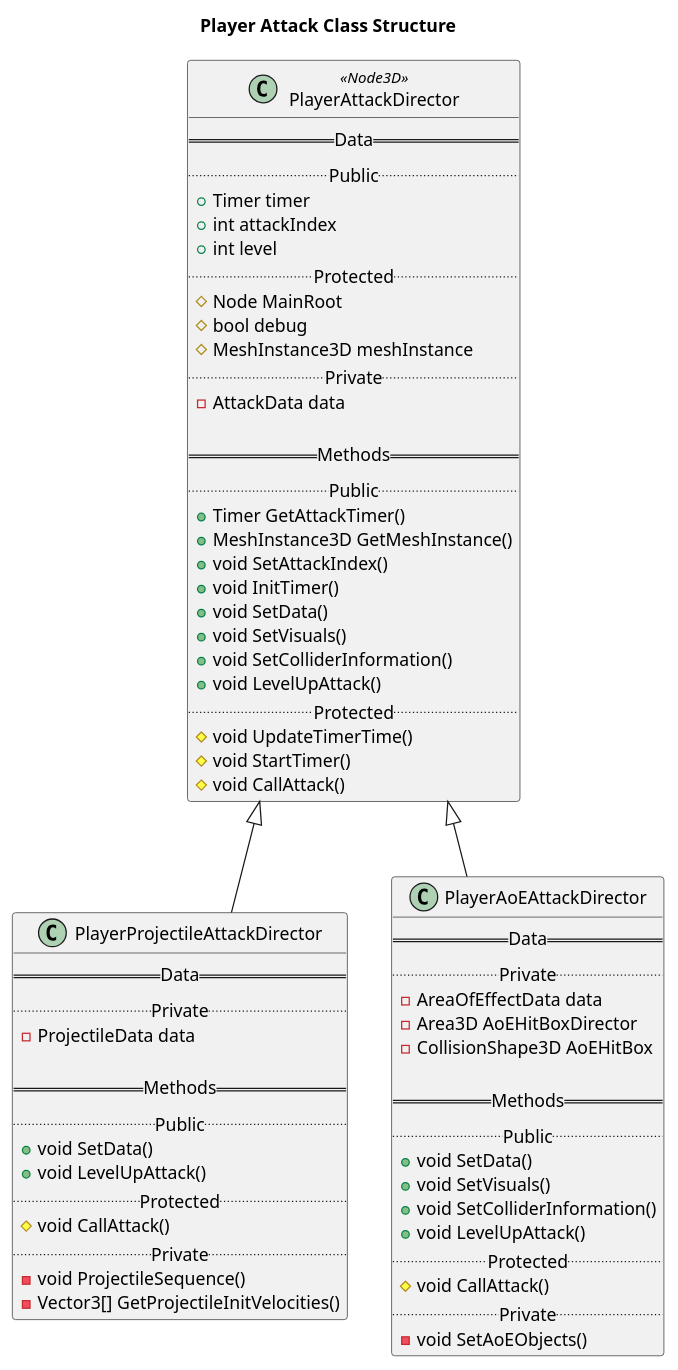
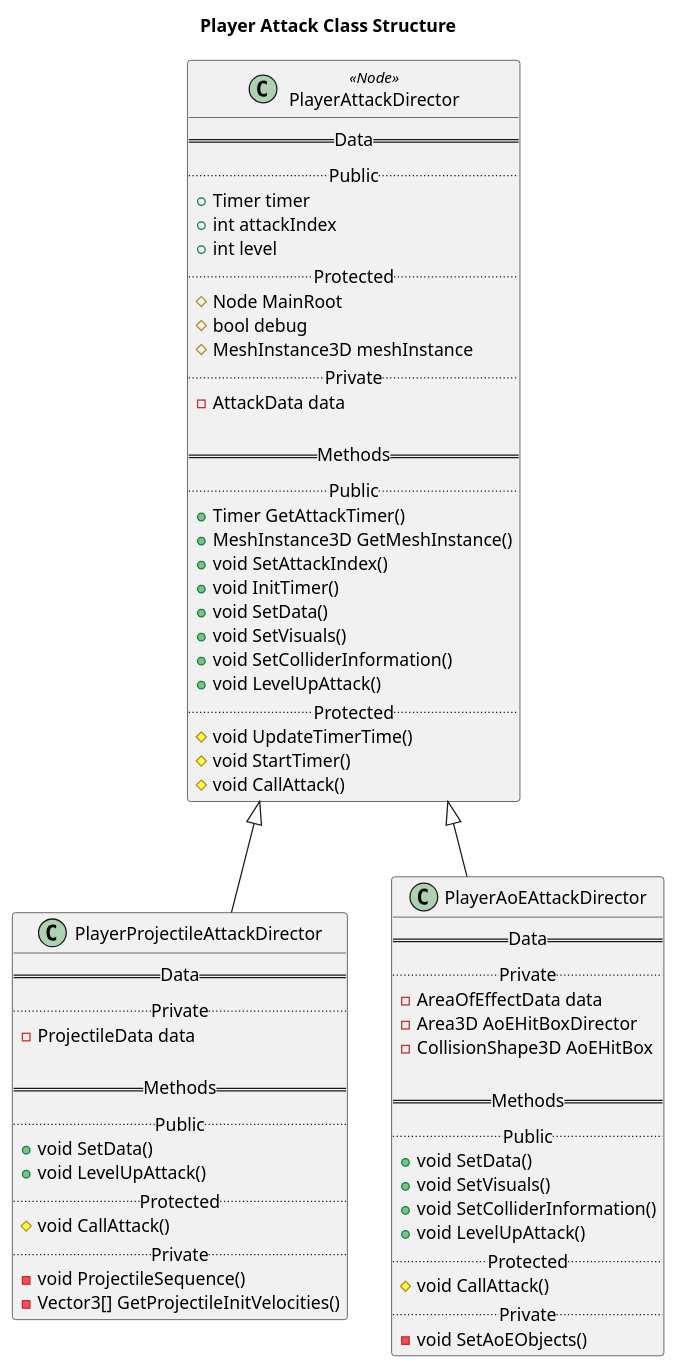
The diagram in UML-Diagrams/src/Player_Attack_Class_Struct.puml (kjtkanaly/Roguelike-Shoot-Em-Up), drawn with PlantUML before and after one commit. The commit also changed 4 other files, not shown here.

Commit message:
Changed the player attack nodes from node 3D types to basic Nodes since there is no neeed (currently) for them to be 3D nodes

```diff
--- a/UML-Diagrams/src/Player_Attack_Class_Struct.puml
+++ b/UML-Diagrams/src/Player_Attack_Class_Struct.puml
@@ -1,72 +1,72 @@
 @startuml Player Attack Class Structure
 
 title Player Attack Class Structure
 
-class PlayerAttackDirector <<Node3D>>{
+class PlayerAttackDirector <<Node>>{
     == Data ==
     .. Public ..
     + Timer timer
     + int attackIndex
     + int level
     .. Protected ..
     # Node MainRoot
     # bool debug
     # MeshInstance3D meshInstance
     .. Private ..
     - AttackData data
 
     == Methods ==
     .. Public ..
     + Timer GetAttackTimer()
     + MeshInstance3D GetMeshInstance()
     + void SetAttackIndex()
     + void InitTimer()
     + void SetData()
     + void SetVisuals()
     + void SetColliderInformation()
     + void LevelUpAttack()
     .. Protected ..
     # void UpdateTimerTime()
     # void StartTimer()
     # void CallAttack()
 }
 
 class PlayerProjectileAttackDirector {
     == Data ==
     .. Private ..
     - ProjectileData data
 
     == Methods ==
     .. Public ..
     + void SetData()
     + void LevelUpAttack()
     .. Protected ..
     # void CallAttack()
     .. Private ..
     - void ProjectileSequence()
     - Vector3[] GetProjectileInitVelocities()
 }
 
 class PlayerAoEAttackDirector {
     == Data ==
     .. Private ..
     - AreaOfEffectData data
     - Area3D AoEHitBoxDirector
     - CollisionShape3D AoEHitBox
 
     == Methods ==
     .. Public ..
     + void SetData()
     + void SetVisuals()
     + void SetColliderInformation()
     + void LevelUpAttack()
     .. Protected ..
     # void CallAttack()
     .. Private ..
     - void SetAoEObjects()
 }
 
 PlayerAttackDirector <|-- PlayerProjectileAttackDirector
 PlayerAttackDirector <|-- PlayerAoEAttackDirector
 
 @enduml
```
